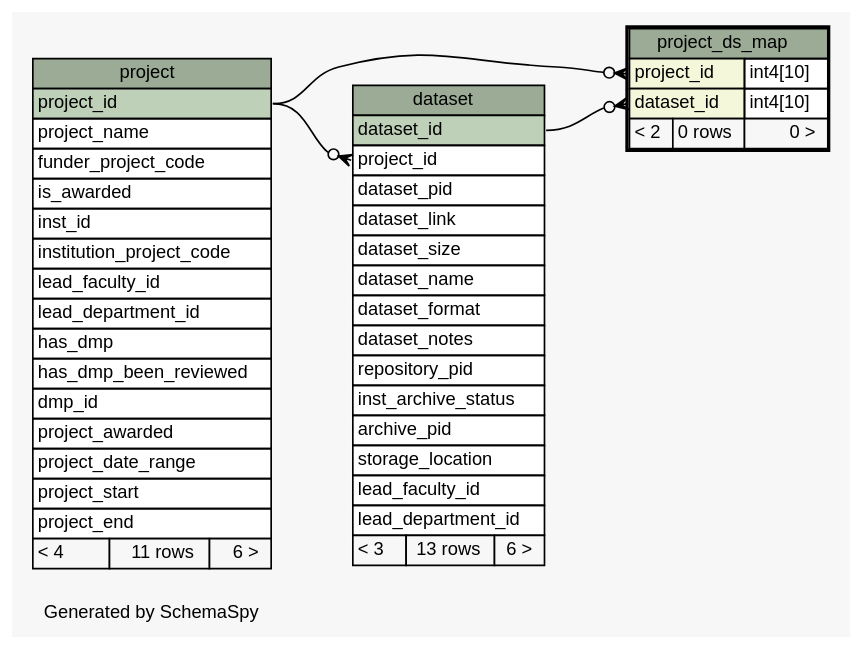
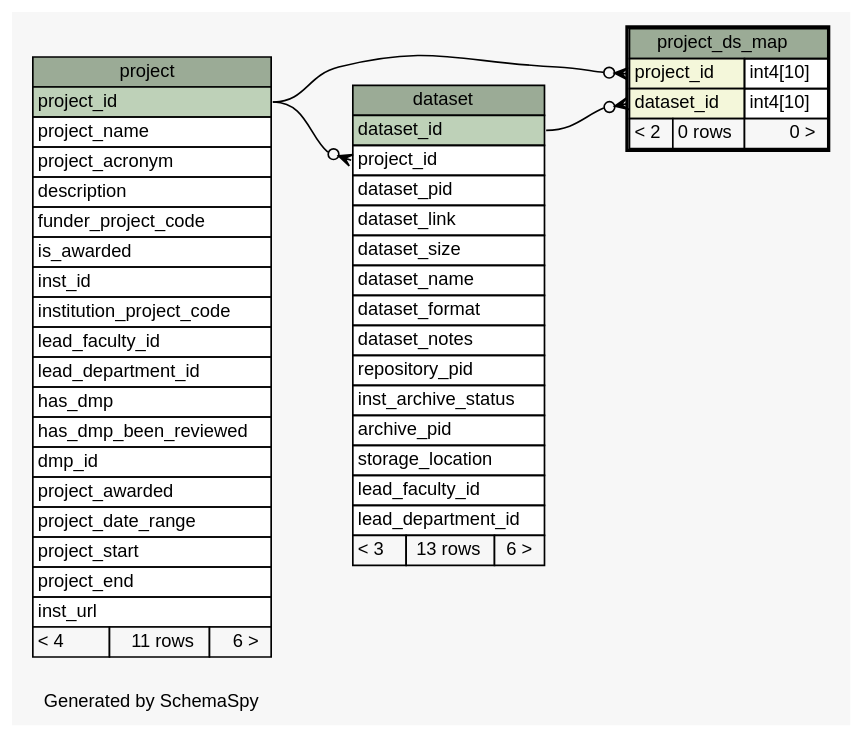
Before and after one commit to lulibrary/dmao_infrastructure: the diagram in ss.out/diagrams/project_ds_map.1degree.dot, drawn with Graphviz. The commit also changed 120 other files, not shown here.

```diff
--- a/ss.out/diagrams/project_ds_map.1degree.dot
+++ b/ss.out/diagrams/project_ds_map.1degree.dot
@@ -1,83 +1,86 @@
-// dot 2.36.0 on Linux 3.13.0-62-generic
+// dot 2.38.0 on Linux 3.16.0-4-amd64
 // SchemaSpy rev 590
 digraph "oneDegreeRelationshipsDiagram" {
   graph [
     rankdir="RL"
     bgcolor="#f7f7f7"
     label="\nGenerated by SchemaSpy"
     labeljust="l"
     nodesep="0.18"
     ranksep="0.46"
     fontname="Helvetica"
     fontsize="11"
   ];
   node [
     fontname="Helvetica"
     fontsize="11"
     shape="plaintext"
   ];
   edge [
     arrowsize="0.8"
   ];
   "dataset":"project_id":w -> "project":"project_id":e [arrowhead=none dir=back arrowtail=crowodot];
   "project_ds_map":"dataset_id":w -> "dataset":"dataset_id":e [arrowhead=none dir=back arrowtail=crowodot];
   "project_ds_map":"project_id":w -> "project":"project_id":e [arrowhead=none dir=back arrowtail=crowodot];
   "dataset" [
     label=<
     <TABLE BORDER="0" CELLBORDER="1" CELLSPACING="0" BGCOLOR="#ffffff">
       <TR><TD COLSPAN="3" BGCOLOR="#9bab96" ALIGN="CENTER">dataset</TD></TR>
       <TR><TD PORT="dataset_id" COLSPAN="3" BGCOLOR="#bed1b8" ALIGN="LEFT">dataset_id</TD></TR>
       <TR><TD PORT="project_id" COLSPAN="3" ALIGN="LEFT">project_id</TD></TR>
       <TR><TD PORT="dataset_pid" COLSPAN="3" ALIGN="LEFT">dataset_pid</TD></TR>
       <TR><TD PORT="dataset_link" COLSPAN="3" ALIGN="LEFT">dataset_link</TD></TR>
       <TR><TD PORT="dataset_size" COLSPAN="3" ALIGN="LEFT">dataset_size</TD></TR>
       <TR><TD PORT="dataset_name" COLSPAN="3" ALIGN="LEFT">dataset_name</TD></TR>
       <TR><TD PORT="dataset_format" COLSPAN="3" ALIGN="LEFT">dataset_format</TD></TR>
       <TR><TD PORT="dataset_notes" COLSPAN="3" ALIGN="LEFT">dataset_notes</TD></TR>
       <TR><TD PORT="repository_pid" COLSPAN="3" ALIGN="LEFT">repository_pid</TD></TR>
       <TR><TD PORT="inst_archive_status" COLSPAN="3" ALIGN="LEFT">inst_archive_status</TD></TR>
       <TR><TD PORT="archive_pid" COLSPAN="3" ALIGN="LEFT">archive_pid</TD></TR>
       <TR><TD PORT="storage_location" COLSPAN="3" ALIGN="LEFT">storage_location</TD></TR>
       <TR><TD PORT="lead_faculty_id" COLSPAN="3" ALIGN="LEFT">lead_faculty_id</TD></TR>
       <TR><TD PORT="lead_department_id" COLSPAN="3" ALIGN="LEFT">lead_department_id</TD></TR>
       <TR><TD ALIGN="LEFT" BGCOLOR="#f7f7f7">&lt; 3</TD><TD ALIGN="RIGHT" BGCOLOR="#f7f7f7">13 rows</TD><TD ALIGN="RIGHT" BGCOLOR="#f7f7f7">6 &gt;</TD></TR>
     </TABLE>>
     URL="dataset.html"
     tooltip="dataset"
   ];
   "project" [
     label=<
     <TABLE BORDER="0" CELLBORDER="1" CELLSPACING="0" BGCOLOR="#ffffff">
       <TR><TD COLSPAN="3" BGCOLOR="#9bab96" ALIGN="CENTER">project</TD></TR>
       <TR><TD PORT="project_id" COLSPAN="3" BGCOLOR="#bed1b8" ALIGN="LEFT">project_id</TD></TR>
       <TR><TD PORT="project_name" COLSPAN="3" ALIGN="LEFT">project_name</TD></TR>
+      <TR><TD PORT="project_acronym" COLSPAN="3" ALIGN="LEFT">project_acronym</TD></TR>
+      <TR><TD PORT="description" COLSPAN="3" ALIGN="LEFT">description</TD></TR>
       <TR><TD PORT="funder_project_code" COLSPAN="3" ALIGN="LEFT">funder_project_code</TD></TR>
       <TR><TD PORT="is_awarded" COLSPAN="3" ALIGN="LEFT">is_awarded</TD></TR>
       <TR><TD PORT="inst_id" COLSPAN="3" ALIGN="LEFT">inst_id</TD></TR>
       <TR><TD PORT="institution_project_code" COLSPAN="3" ALIGN="LEFT">institution_project_code</TD></TR>
       <TR><TD PORT="lead_faculty_id" COLSPAN="3" ALIGN="LEFT">lead_faculty_id</TD></TR>
       <TR><TD PORT="lead_department_id" COLSPAN="3" ALIGN="LEFT">lead_department_id</TD></TR>
       <TR><TD PORT="has_dmp" COLSPAN="3" ALIGN="LEFT">has_dmp</TD></TR>
       <TR><TD PORT="has_dmp_been_reviewed" COLSPAN="3" ALIGN="LEFT">has_dmp_been_reviewed</TD></TR>
       <TR><TD PORT="dmp_id" COLSPAN="3" ALIGN="LEFT">dmp_id</TD></TR>
       <TR><TD PORT="project_awarded" COLSPAN="3" ALIGN="LEFT">project_awarded</TD></TR>
       <TR><TD PORT="project_date_range" COLSPAN="3" ALIGN="LEFT">project_date_range</TD></TR>
       <TR><TD PORT="project_start" COLSPAN="3" ALIGN="LEFT">project_start</TD></TR>
       <TR><TD PORT="project_end" COLSPAN="3" ALIGN="LEFT">project_end</TD></TR>
+      <TR><TD PORT="inst_url" COLSPAN="3" ALIGN="LEFT">inst_url</TD></TR>
       <TR><TD ALIGN="LEFT" BGCOLOR="#f7f7f7">&lt; 4</TD><TD ALIGN="RIGHT" BGCOLOR="#f7f7f7">11 rows</TD><TD ALIGN="RIGHT" BGCOLOR="#f7f7f7">6 &gt;</TD></TR>
     </TABLE>>
     URL="project.html"
     tooltip="project"
   ];
   "project_ds_map" [
     label=<
     <TABLE BORDER="2" CELLBORDER="1" CELLSPACING="0" BGCOLOR="#ffffff">
       <TR><TD COLSPAN="3" BGCOLOR="#9bab96" ALIGN="CENTER">project_ds_map</TD></TR>
       <TR><TD PORT="project_id" COLSPAN="2" BGCOLOR="#f4f7da" ALIGN="LEFT">project_id</TD><TD PORT="project_id.type" ALIGN="LEFT">int4[10]</TD></TR>
       <TR><TD PORT="dataset_id" COLSPAN="2" BGCOLOR="#f4f7da" ALIGN="LEFT">dataset_id</TD><TD PORT="dataset_id.type" ALIGN="LEFT">int4[10]</TD></TR>
       <TR><TD ALIGN="LEFT" BGCOLOR="#f7f7f7">&lt; 2</TD><TD ALIGN="RIGHT" BGCOLOR="#f7f7f7">0 rows</TD><TD ALIGN="RIGHT" BGCOLOR="#f7f7f7">0 &gt;</TD></TR>
     </TABLE>>
     URL="project_ds_map.html"
     tooltip="project_ds_map"
   ];
 }
```
